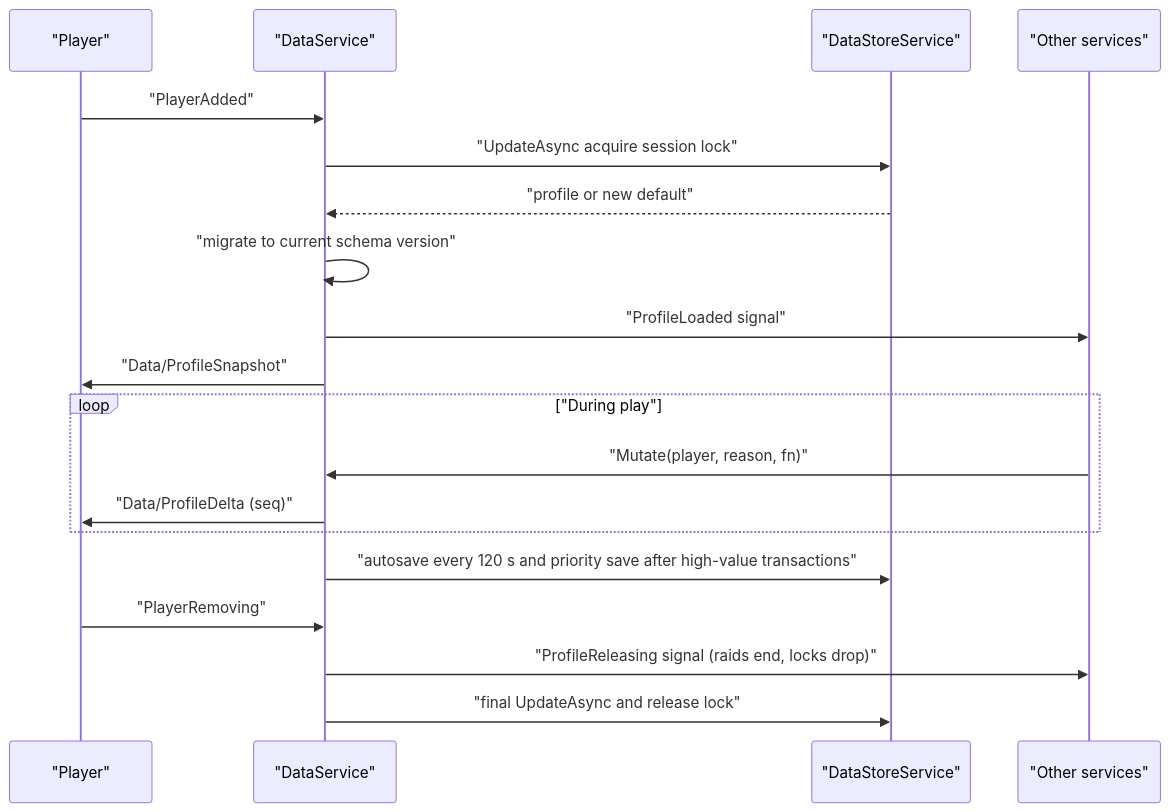
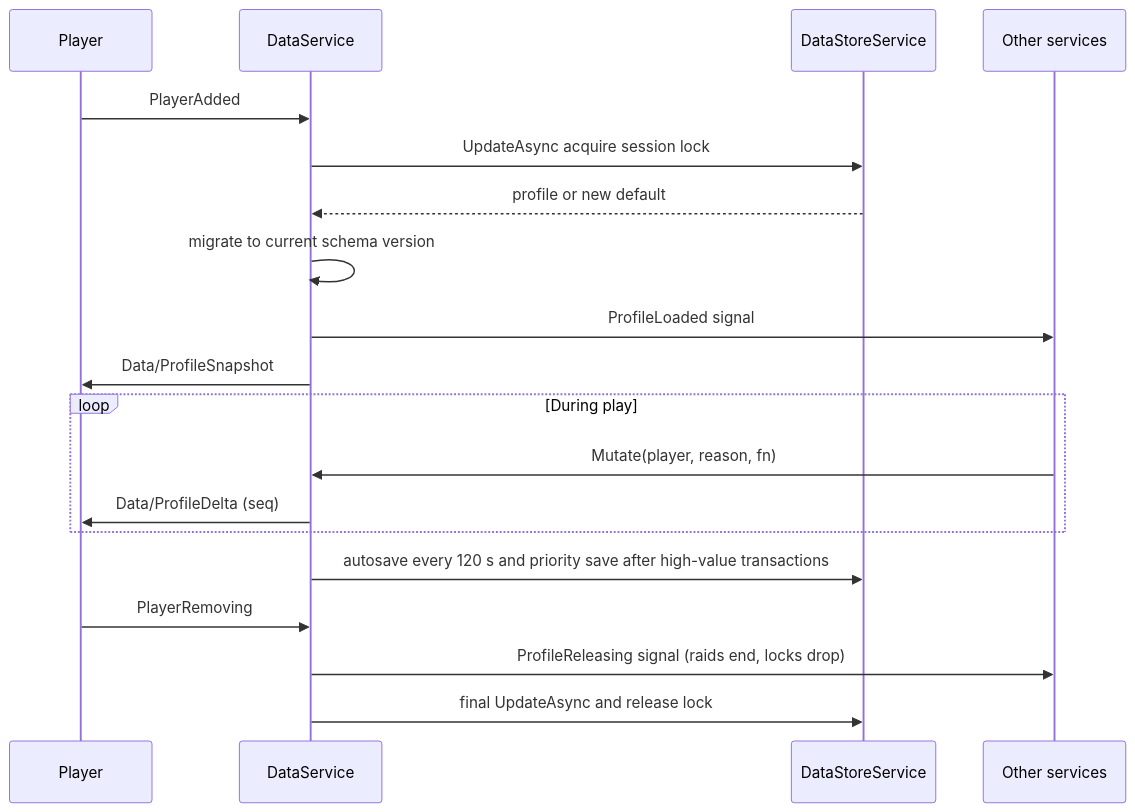
One commit to shrp1434/ZeroCheat changed the fifth of 5 diagrams in Fight Animals for Eggs - Game Design Bible/15 - TECHNICAL ARCHITECTURE/Architecture Overview.md. Above: the diagram before and after it, drawn with Mermaid. The commit also changed 21 other files, not shown here.

First line of the commit message:
Add technical architecture and service specifications; vault progress

````diff
--- a/Fight Animals for Eggs - Game Design Bible/15 - TECHNICAL ARCHITECTURE/Architecture Overview.md
+++ b/Fight Animals for Eggs - Game Design Bible/15 - TECHNICAL ARCHITECTURE/Architecture Overview.md
@@ -270,21 +270,21 @@
 ```mermaid
 sequenceDiagram
-    participant P as "Player"
-    participant D as "DataService"
-    participant S as "DataStoreService"
-    participant X as "Other services"
-    P->>D: "PlayerAdded"
-    D->>S: "UpdateAsync acquire session lock"
-    S-->>D: "profile or new default"
-    D->>D: "migrate to current schema version"
-    D->>X: "ProfileLoaded signal"
-    D->>P: "Data/ProfileSnapshot"
-    loop "During play"
-        X->>D: "Mutate(player, reason, fn)"
-        D->>P: "Data/ProfileDelta (seq)"
+    participant P as Player
+    participant D as DataService
+    participant S as DataStoreService
+    participant X as Other services
+    P->>D: PlayerAdded
+    D->>S: UpdateAsync acquire session lock
+    S-->>D: profile or new default
+    D->>D: migrate to current schema version
+    D->>X: ProfileLoaded signal
+    D->>P: Data/ProfileSnapshot
+    loop During play
+        X->>D: Mutate(player, reason, fn)
+        D->>P: Data/ProfileDelta (seq)
     end
-    D->>S: "autosave every 120 s and priority save after high-value transactions"
-    P->>D: "PlayerRemoving"
-    D->>X: "ProfileReleasing signal (raids end, locks drop)"
-    D->>S: "final UpdateAsync and release lock"
+    D->>S: autosave every 120 s and priority save after high-value transactions
+    P->>D: PlayerRemoving
+    D->>X: ProfileReleasing signal (raids end, locks drop)
+    D->>S: final UpdateAsync and release lock
 ```
````
